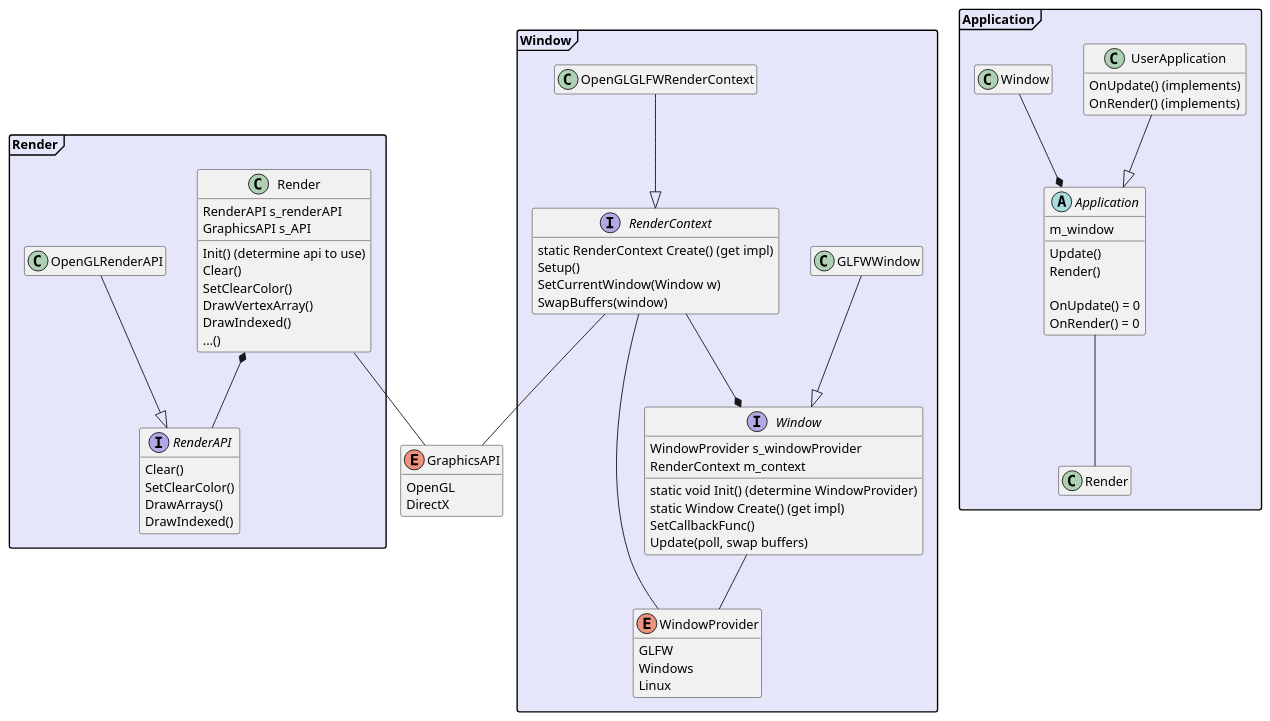
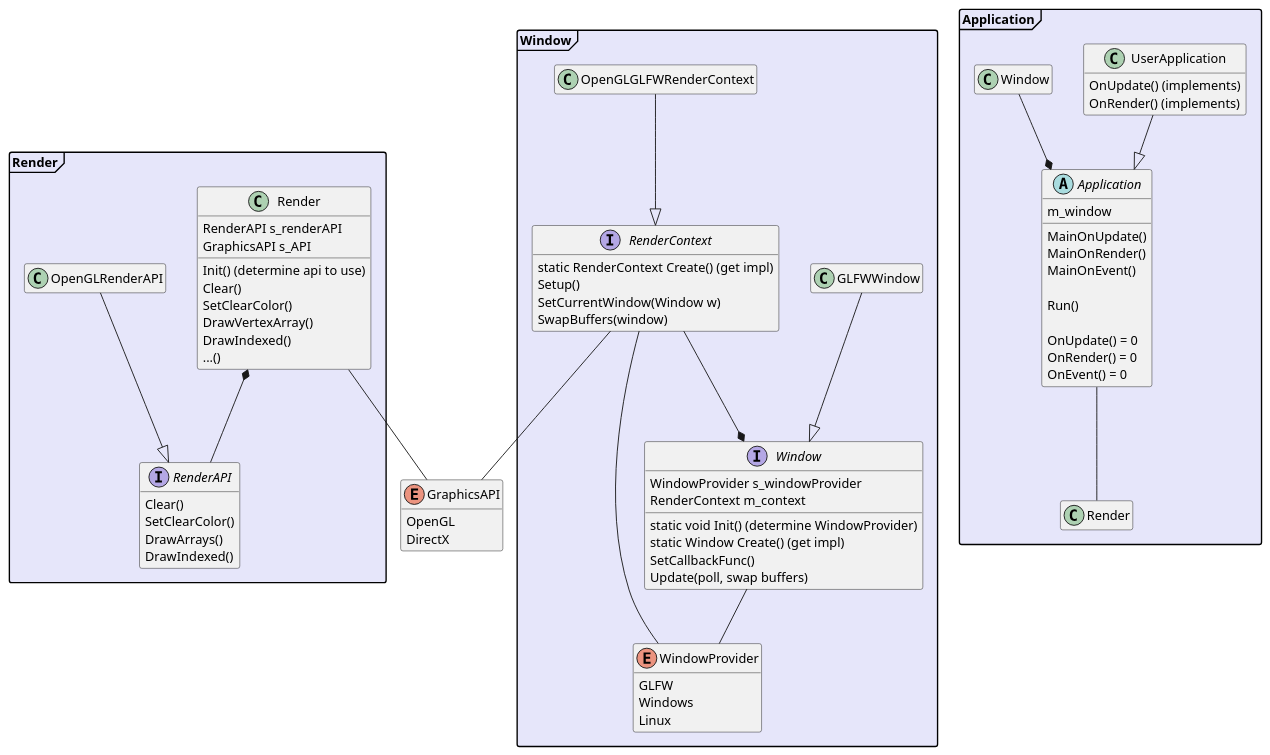
Before and after one commit to Winter091/Peanut: the diagram in Planning/AppRenderWindow.puml, drawn with PlantUML. The commit also changed 13 other files, not shown here.

```diff
--- a/Planning/AppRenderWindow.puml
+++ b/Planning/AppRenderWindow.puml
@@ -1,98 +1,103 @@
 @startuml RendererAndWindow
 
 hide empty members
 hide empty methods
 skinparam packageStyle Frame
 skinparam PackageBackgroundColor Lavender
 
 
 enum GraphicsAPI {
         OpenGL    
         DirectX
     }
 
 
 package Render {
     interface RenderAPI {
         Clear()
         SetClearColor()
         DrawArrays()
         DrawIndexed()
     }
 
     OpenGLRenderAPI --|> RenderAPI
 
     class Render {
         RenderAPI s_renderAPI
         GraphicsAPI s_API
         Init() (determine api to use)
         Clear()
         SetClearColor()
         DrawVertexArray()
         DrawIndexed()
         ...()
     }
 
     Render -- GraphicsAPI
     Render *-- RenderAPI
 }
 
 
 package Window {
     enum WindowProvider {
         GLFW
         Windows
         Linux
     }
 
     interface Window {
         WindowProvider s_windowProvider
         RenderContext m_context
         static void Init() (determine WindowProvider)
         static Window Create() (get impl)
         SetCallbackFunc()
         Update(poll, swap buffers)
     }
 
     GLFWWindow --|> Window
 
     interface RenderContext {
         static RenderContext Create() (get impl)
         Setup()
         SetCurrentWindow(Window w)
         SwapBuffers(window)
     }
 
     OpenGLGLFWRenderContext --|> RenderContext
     RenderContext --* Window
     Window -- WindowProvider
     RenderContext -- WindowProvider
     RenderContext -- GraphicsAPI
 }
 
 
 package Application {
     abstract class Application {
         m_window
 
-        Update()
-        Render()
+
+        MainOnUpdate()
+        MainOnRender()
+        MainOnEvent()
+
+        Run()
 
         OnUpdate() = 0
         OnRender() = 0
+        OnEvent() = 0
     }
 
     class UserApplication {
         OnUpdate() (implements)
         OnRender() (implements)
     }
 
     UserApplication --|> Application
     Window --* Application
     Application -- Render
 }
 
 
 
 
 @enduml
```
